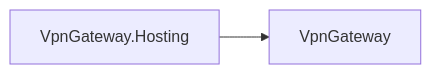
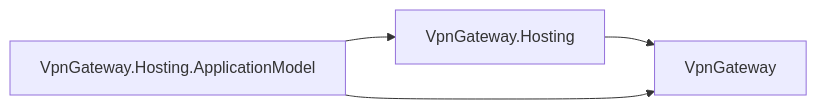
Diagram 27 of 27 in docs/DEPENDENCIES.md (assimalign/cohesion), drawn with Mermaid before and after one commit. The commit also changed other lines of this file and 454 other files, not shown here.

First line of the commit message:
feat(resources): give every resource area a Hosting.ApplicationModel integration

````diff
--- a/docs/DEPENDENCIES.md
+++ b/docs/DEPENDENCIES.md
@@ -939,6 +998,9 @@
 ```mermaid
 flowchart LR
     N0["VpnGateway"]
     N1["VpnGateway.Hosting"]
+    N2["VpnGateway.Hosting.ApplicationModel"]
     N1 --> N0
+    N2 --> N0
+    N2 --> N1
 ```
````
